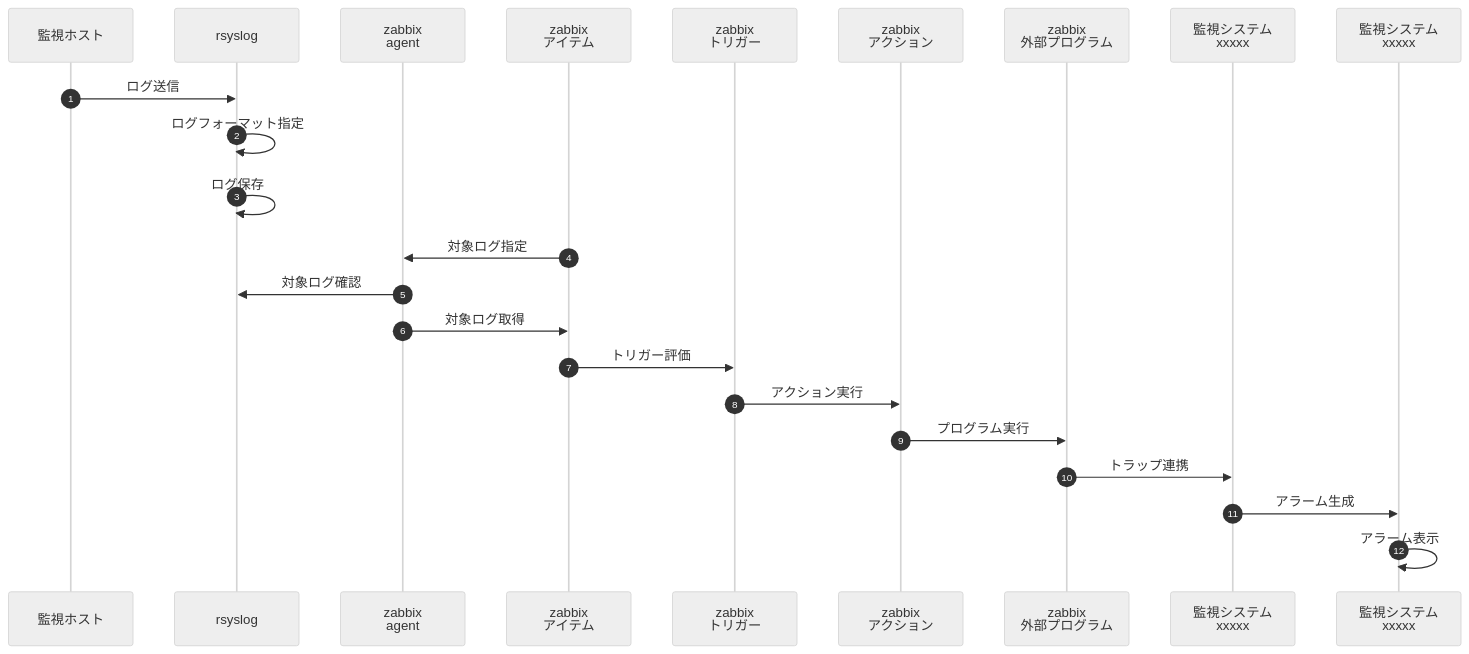
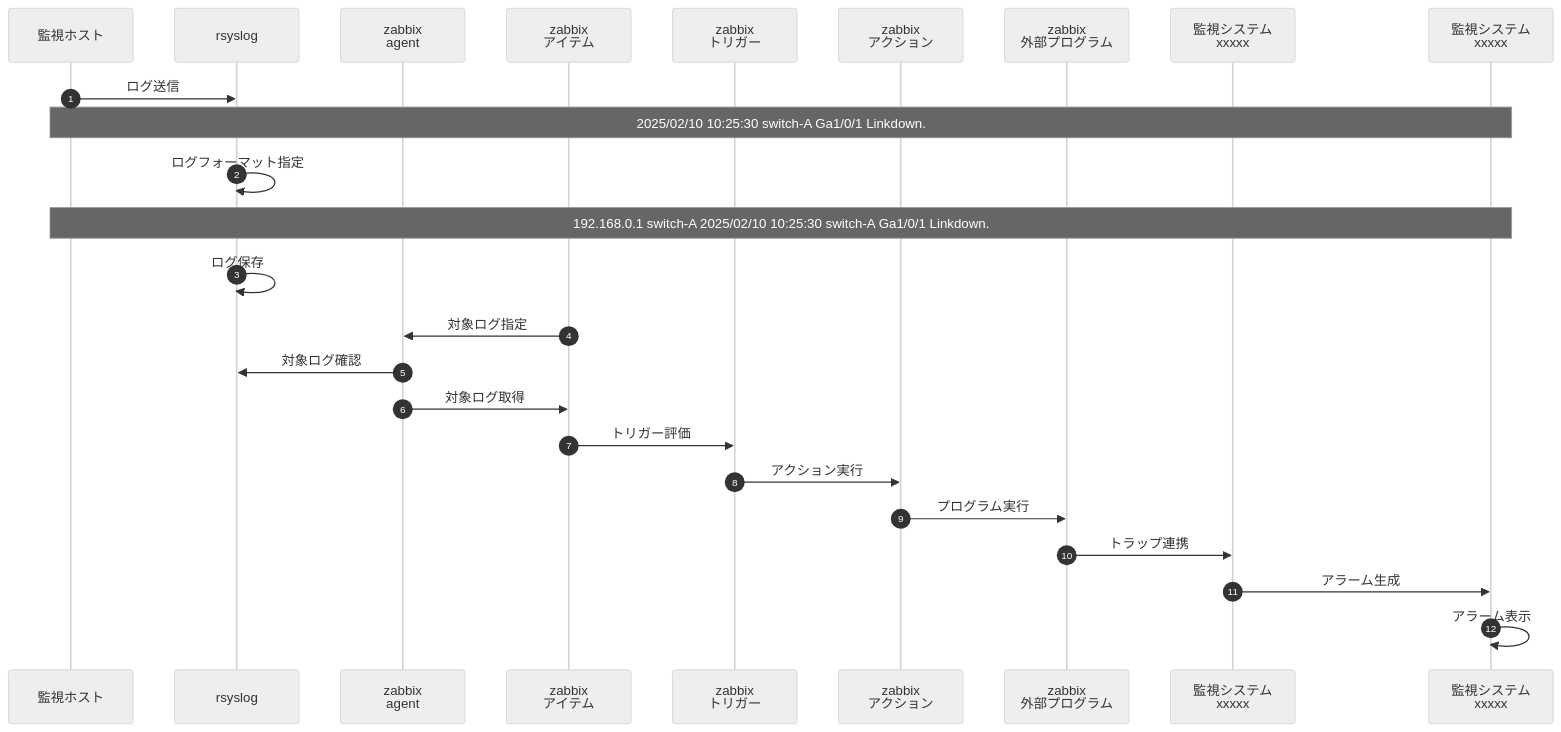
One commit to panda-git-hub/handbook changed the second of 2 diagrams in README.md. Above: the diagram before and after it, drawn with Mermaid (neutral theme).

````diff
--- a/README.md
+++ b/README.md
@@ -21,25 +21,27 @@
 ```mermaid
 sequenceDiagram
   autonumber
   participant A as 監視ホスト
   participant B as rsyslog
   participant C as zabbix<br>agent
   participant D as zabbix<br>アイテム
   participant E as zabbix<br>トリガー
   participant F as zabbix<br>アクション
   participant G as zabbix<br>外部プログラム
   participant H as 監視システム<br>xxxxx
   participant I as 監視システム<br>xxxxx
   A->>B: ログ送信
+  note over A,I: 2025/02/10 10:25:30 switch-A Ga1/0/1 Linkdown.
   B->>B: ログフォーマット指定
+  note over A,I: 192.168.0.1 switch-A 2025/02/10 10:25:30 switch-A Ga1/0/1 Linkdown.
   B->>B: ログ保存
   D->>C: 対象ログ指定
   C->>B: 対象ログ確認
   C->>D: 対象ログ取得
   D->>E: トリガー評価
   E->>F: アクション実行
   F->>G: プログラム実行
   G->>H: トラップ連携
   H->>I: アラーム生成
   I->>I: アラーム表示
 ```
````
